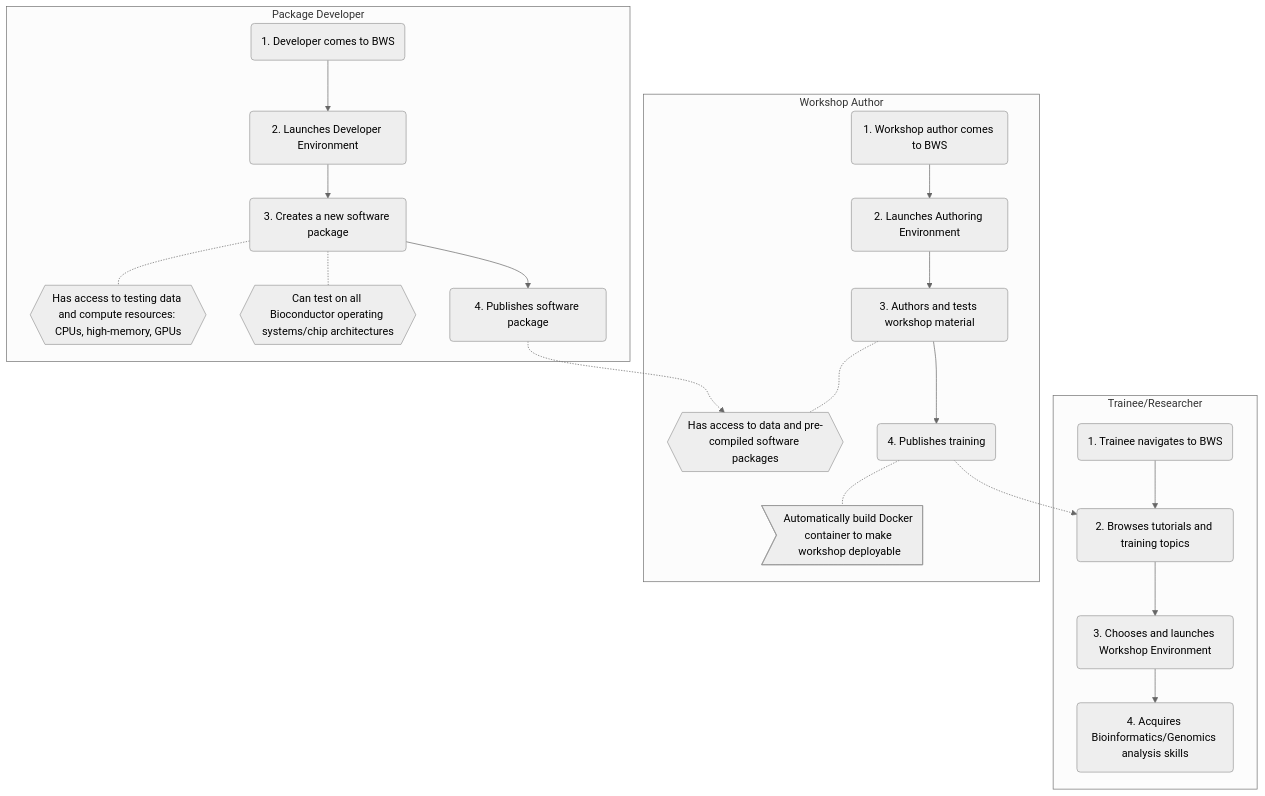
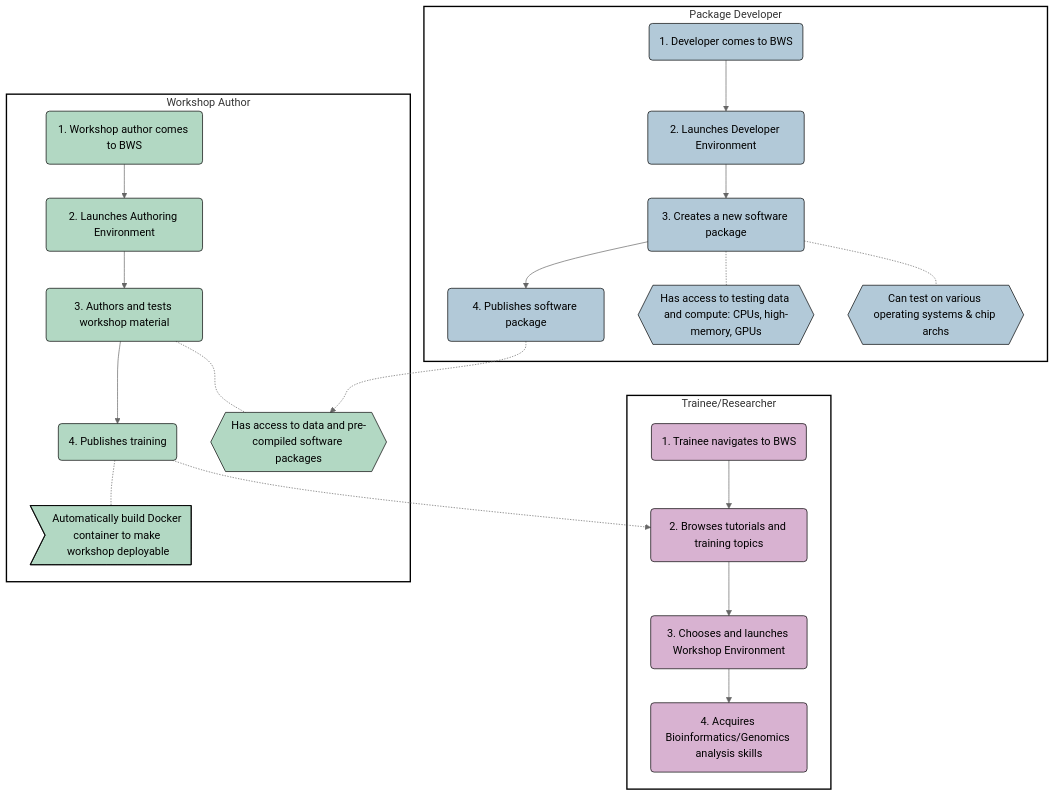
Before and after one commit to almahmoud/czi-bws-flow: the diagram in README.md, drawn with Mermaid (neutral theme). The commit also changed other lines of this file, not shown here.

````diff
--- a/README.md
+++ b/README.md
@@ -1,41 +1,33 @@
 ```mermaid
-graph TB
-  linkStyle default interpolate basis
-  subgraph "Trainee/Researcher"
-    A1(1. Trainee navigates to BWS)
-    A2(2. Browses tutorials and training topics)
-    A3(3. Chooses and launches Workshop Environment)
-    A4(4. Acquires Bioinformatics/Genomics analysis skills)
-    A1-->A2
-    A2-->A3
-    A3-->A4
+graph TD
+  classDef traineecolor fill:#d8b2d1,stroke:#000;
+  classDef authorcolor fill:#b2d8c3,stroke:#000;
+  classDef developercolor fill:#b2c9d8,stroke:#000;
+  style traineebox fill:#fff,stroke:#000,stroke-width:2px
+  style authorbox fill:#fff,stroke:#000,stroke-width:2px
+  style developerbox fill:#fff,stroke:#000,stroke-width:2px
+  subgraph traineebox[Trainee/Researcher]
+    A1(1. Trainee navigates to BWS)-->A2(2. Browses tutorials and training topics)
+    A2-->A3(3. Chooses and launches Workshop Environment)
+    A3-->A4(4. Acquires Bioinformatics/Genomics analysis skills)
+    class A1,A2,A3,A4 traineecolor
   end
-  subgraph "Workshop Author"
-    B1(1. Workshop author comes to BWS)
-    B2(2. Launches Authoring Environment)
-    B91{{Has access to data and pre-compiled software packages}}
-    B3(3. Authors and tests workshop material)
-    B4(4. Publishes training)
-    B92>Automatically build Docker container to make workshop deployable]
-    B1-->B2
-    B2-->B3
-    B3-->B4
-    B3-.-B91
-    B4-.-B92
+  subgraph authorbox[Workshop Author]
+    B1(1. Workshop author comes to BWS)-->B2(2. Launches Authoring Environment)
+    B2-->B3(3. Authors and tests workshop material)
+    B3-->B4(4. Publishes training)
+    B3-.-B91{{Has access to data and pre-compiled software packages}}
+    B4-.-B92>Automatically build Docker container to make workshop deployable]
+    class B1,B2,B3,B4,B91,B92 authorcolor
   end
-  subgraph "Package Developer"
-    C1(1. Developer comes to BWS)
-    C2(2. Launches Developer Environment)
-    C91{{Has access to testing data and compute resources: CPUs, high-memory, GPUs}}
-    C92{{Can test on all Bioconductor operating systems/chip architectures}}
-    C3(3. Creates a new software package)
-    C4(4. Publishes software package)
-    C1-->C2
-    C2-->C3
-    C3-->C4
-    C3-.-C91
-    C3-.-C92
+  subgraph developerbox[Package Developer]
+    C1(1. Developer comes to BWS)-->C2(2. Launches Developer Environment)
+    C2-->C3(3. Creates a new software package)
+    C3-->C4(4. Publishes software package)
+    C3-.-C91{{Has access to testing data and compute: CPUs, high-memory, GPUs}}
+    C3-.-C92{{Can test on various operating systems & chip archs}}
+    class C1,C2,C3,C4,C91,C92 developercolor
   end
   B4-.->A2
   C4-.->B91
-  ```
+```
````
